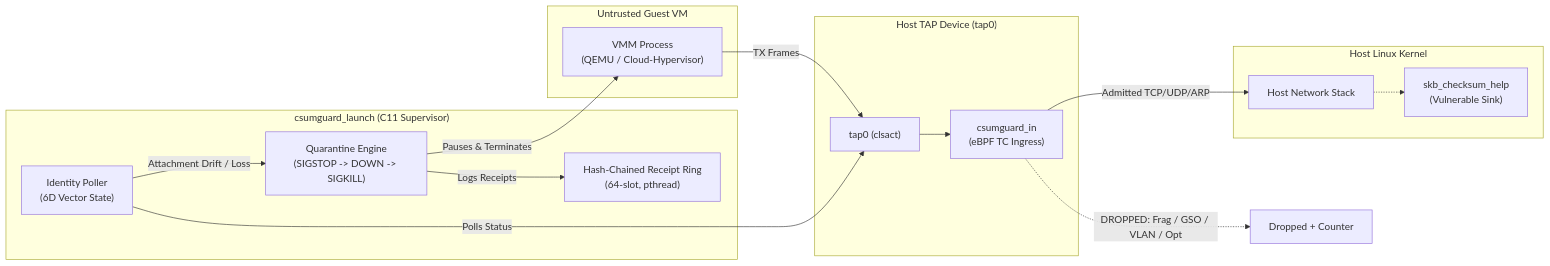
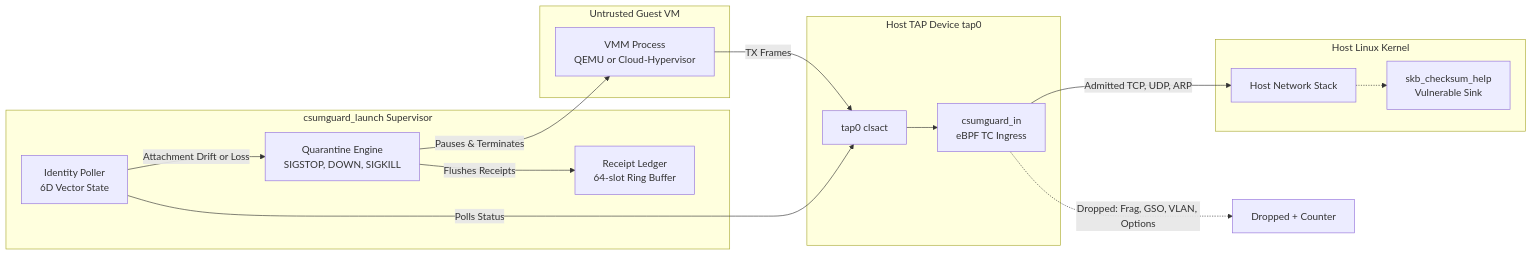
The first of 3 diagrams in README.md (MChorfa/csumguard), drawn with Mermaid before and after one commit. The commit also changed other lines of this file and 4 other files, not shown here.

First line of the commit message:
fix(ci): fix GCC warn_unused_result on read and repair Mermaid syntax

````diff
--- a/README.md
+++ b/README.md
@@ -21,32 +21,32 @@
 ```mermaid
 flowchart LR
     subgraph Guest["Untrusted Guest VM"]
-        VMM["VMM Process<br/>(QEMU / Cloud-Hypervisor)"]
+        VMM["VMM Process<br/>QEMU or Cloud-Hypervisor"]
     end
 
-    subgraph Interface["Host TAP Device (tap0)"]
-        TAP["tap0 (clsact)"]
-        TC["csumguard_in<br/>(eBPF TC Ingress)"]
+    subgraph Interface["Host TAP Device tap0"]
+        TAP["tap0 clsact"]
+        TC["csumguard_in<br/>eBPF TC Ingress"]
     end
 
     subgraph Host["Host Linux Kernel"]
         STACK["Host Network Stack"]
-        SINK["skb_checksum_help<br/>(Vulnerable Sink)"]
+        SINK["skb_checksum_help<br/>Vulnerable Sink"]
     end
 
-    subgraph Supervisor["csumguard_launch (C11 Supervisor)"]
-        MON["Identity Poller<br/>(6D Vector State)"]
-        QUAR["Quarantine Engine<br/>(SIGSTOP -> DOWN -> SIGKILL)"]
-        RING["Hash-Chained Receipt Ring<br/>(64-slot, pthread)"]
+    subgraph Supervisor["csumguard_launch Supervisor"]
+        MON["Identity Poller<br/>6D Vector State"]
+        QUAR["Quarantine Engine<br/>SIGSTOP, DOWN, SIGKILL"]
+        RING["Receipt Ledger<br/>64-slot Ring Buffer"]
     end
 
     VMM -->|TX Frames| TAP
     TAP --> TC
-    TC -->|Admitted TCP/UDP/ARP| STACK
-    TC -.->|DROPPED: Frag / GSO / VLAN / Opt| DROP["Dropped + Counter"]
+    TC -->|Admitted TCP, UDP, ARP| STACK
+    TC -.->|Dropped: Frag, GSO, VLAN, Options| DROP["Dropped + Counter"]
     STACK -.-> SINK
     MON -->|Polls Status| TAP
-    MON -->|Attachment Drift / Loss| QUAR
+    MON -->|Attachment Drift or Loss| QUAR
     QUAR -->|Pauses & Terminates| VMM
-    QUAR -->|Logs Receipts| RING
+    QUAR -->|Flushes Receipts| RING
 ```
````
